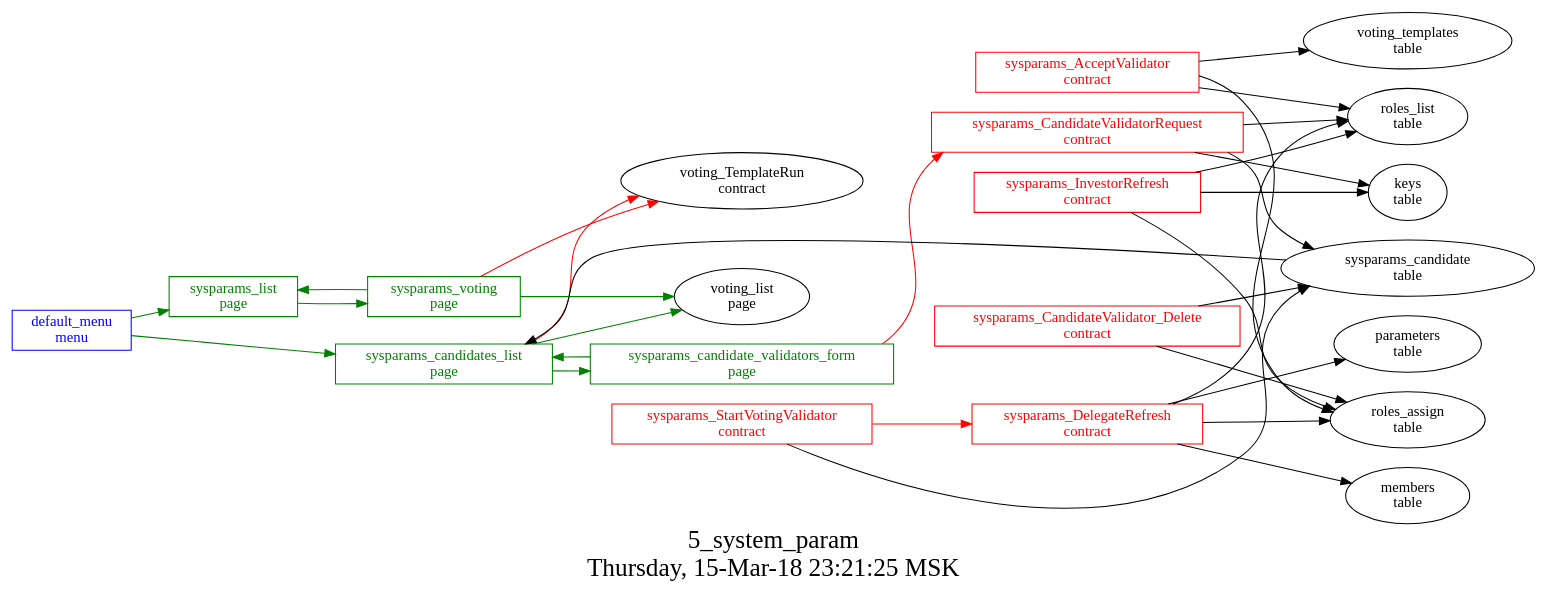
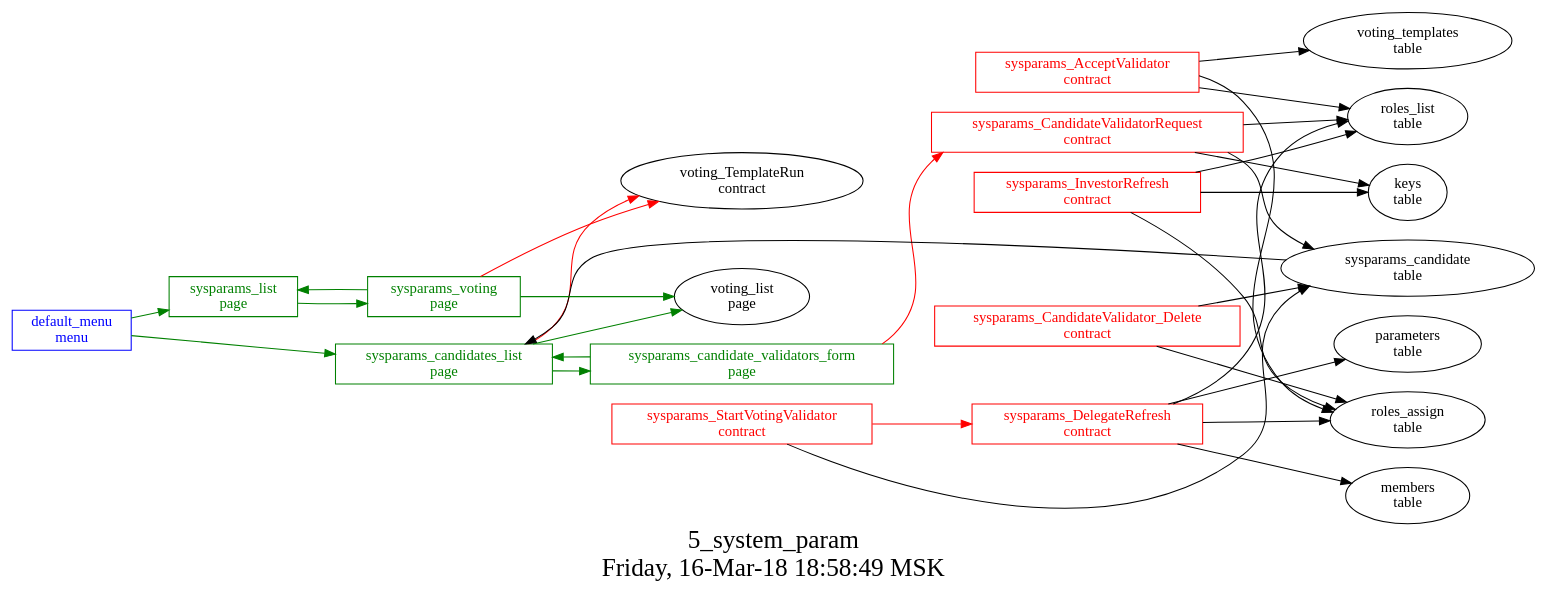
Before and after one commit to AplaProject/apps: the diagram in src/basic/basic_main/5_system_params/struct.dot, drawn with Graphviz. The commit also changed 8 other files, not shown here.

```diff
--- a/src/basic/basic_main/5_system_params/struct.dot
+++ b/src/basic/basic_main/5_system_params/struct.dot
@@ -1,51 +1,51 @@
 digraph G {
 graph [
   fontsize="24";
-  label="5_system_param\nThursday, 15-Mar-18 23:21:25 MSK";
+  label="5_system_param\nFriday, 16-Mar-18 18:58:49 MSK";
   nojustify=true;
   ordering=out;
   rankdir=LR;
   size="30";
 ];
 "default_menu\nmenu" -> "sysparams_list\npage"  [ color=green ]
 "default_menu\nmenu" -> "sysparams_candidates_list\npage"  [ color=green ]
 "default_menu\nmenu" [color=blue, fontcolor=blue, group=menus, shape=record];
 "sysparams_candidate_validators_form\npage" -> "sysparams_CandidateValidatorRequest\ncontract"  [ color=red ]
 "sysparams_candidate_validators_form\npage" -> "sysparams_candidates_list\npage"  [ color=green ]
 "sysparams_candidate_validators_form\npage" [color=green, fontcolor=green, group=pages, shape=record];
 "sysparams_candidates_list\npage" -> "voting_TemplateRun\ncontract"  [ color=red ]
 "sysparams_candidate\ntable" -> "sysparams_candidates_list\npage"  [ color="" ]
 "sysparams_candidates_list\npage" -> "voting_list\npage"  [ color=green ]
 "sysparams_candidates_list\npage" -> "sysparams_candidate_validators_form\npage"  [ color=green ]
 "sysparams_candidates_list\npage" [color=green, fontcolor=green, group=pages, shape=record];
 "sysparams_list\npage" -> "sysparams_voting\npage"  [ color=green ]
 "sysparams_list\npage" [color=green, fontcolor=green, group=pages, shape=record];
 "sysparams_voting\npage" -> "voting_TemplateRun\ncontract"  [ color=red ]
 "sysparams_voting\npage" -> "sysparams_list\npage"  [ color=green ]
 "sysparams_voting\npage" -> "voting_list\npage"  [ color=green ]
 "sysparams_voting\npage" [color=green, fontcolor=green, group=pages, shape=record];
 "sysparams_AcceptValidator\ncontract" -> "voting_templates\ntable"  [ color="" ]
 "sysparams_AcceptValidator\ncontract" -> "roles_list\ntable"  [ color="" ]
 "sysparams_AcceptValidator\ncontract" -> "roles_assign\ntable"  [ color="" ]
 "sysparams_AcceptValidator\ncontract" [color=red, fontcolor=red, group=contracts, shape=record];
 "sysparams_CandidateValidatorRequest\ncontract" -> "keys\ntable"  [ color="" ]
 "sysparams_CandidateValidatorRequest\ncontract" -> "roles_list\ntable"  [ color="" ]
 "sysparams_CandidateValidatorRequest\ncontract" -> "sysparams_candidate\ntable"  [ color="" ]
 "sysparams_CandidateValidatorRequest\ncontract" [color=red, fontcolor=red, group=contracts, shape=record];
 "sysparams_CandidateValidator_Delete\ncontract" -> "sysparams_candidate\ntable"  [ color="" ]
 "sysparams_CandidateValidator_Delete\ncontract" -> "roles_assign\ntable"  [ color="" ]
 "sysparams_CandidateValidator_Delete\ncontract" [color=red, fontcolor=red, group=contracts, shape=record];
 "sysparams_DelegateRefresh\ncontract" -> "roles_list\ntable"  [ color="" ]
 "sysparams_DelegateRefresh\ncontract" -> "parameters\ntable"  [ color="" ]
 "sysparams_DelegateRefresh\ncontract" -> "roles_assign\ntable"  [ color="" ]
 "sysparams_DelegateRefresh\ncontract" -> "members\ntable"  [ color="" ]
 "sysparams_DelegateRefresh\ncontract" [color=red, fontcolor=red, group=contracts, shape=record];
 "sysparams_InvestorRefresh\ncontract" -> "roles_list\ntable"  [ color="" ]
 "sysparams_InvestorRefresh\ncontract" -> "keys\ntable"  [ color="" ]
 "sysparams_InvestorRefresh\ncontract" -> "roles_assign\ntable"  [ color="" ]
 "sysparams_InvestorRefresh\ncontract" [color=red, fontcolor=red, group=contracts, shape=record];
 "sysparams_StartVotingValidator\ncontract" -> "sysparams_DelegateRefresh\ncontract"  [ color=red ]
 "sysparams_StartVotingValidator\ncontract" -> "sysparams_candidate\ntable"  [ color="" ]
 "sysparams_StartVotingValidator\ncontract" [color=red, fontcolor=red, group=contracts, shape=record];
 "sysparams_candidate\ntable" [color="", fontcolor="", group=tables, shape=""];
 }
```
